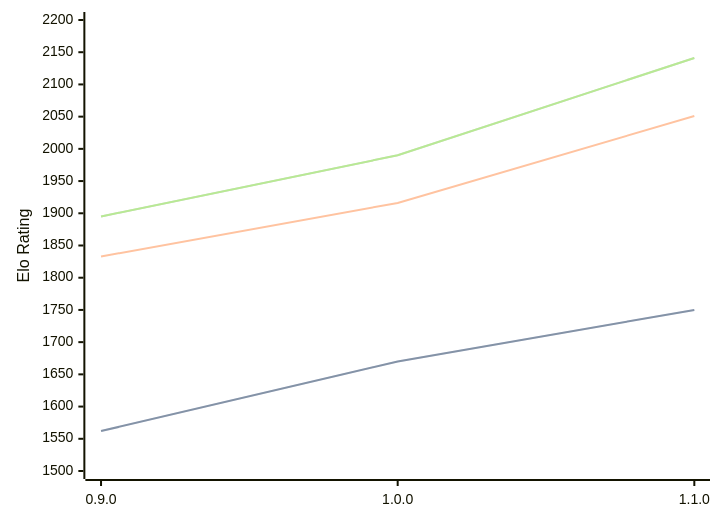
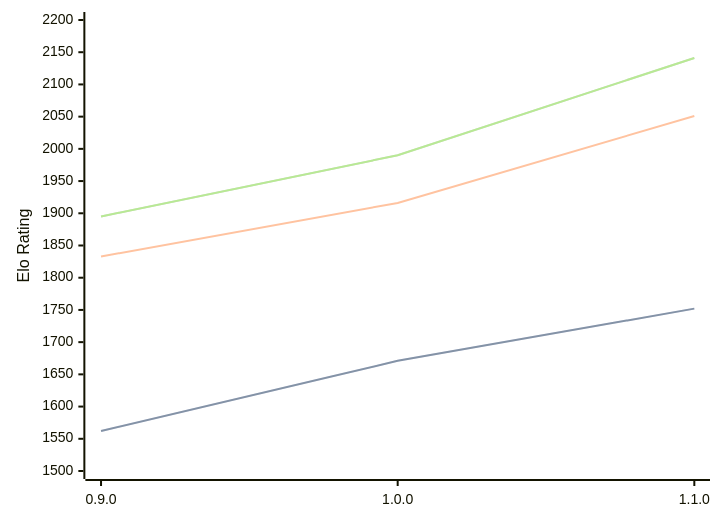
The diagram in engines/Ratsu.md (computer-chess-index/cci), drawn with Mermaid before and after one commit. The commit also changed other lines of this file, not shown here.

````diff
--- a/engines/Ratsu.md
+++ b/engines/Ratsu.md
@@ -33,11 +33,11 @@
 ```mermaid
 %%{init: {"theme":"base","themeVariables":{"seriesColors:['#a3a3a3','#222221','#faa371']}}}%%
 xychart-beta
   x-axis ["0.9.0", "1.0.0", "1.1.0"]
   y-axis "Elo Rating" 1500 --> 2200
-  line "STC (8.0+0.08s)" [1562, 1670, 1750]
-  line "STC (8.0+0.08s)" [1562, 1670, 1750]
+  line "STC (8.0+0.08s)" [1562, 1671, 1752]
+  line "STC (8.0+0.08s)" [1562, 1671, 1752]
   line "LTC (60.0+0.60s)" [1833, 1916, 2051]
   line "VLTC (2m24s+1.12s)" [1895, 1990, 2141]
   line "VLTC (2m24s+1.12s)" [1895, 1990, 2141]
 ```
````
